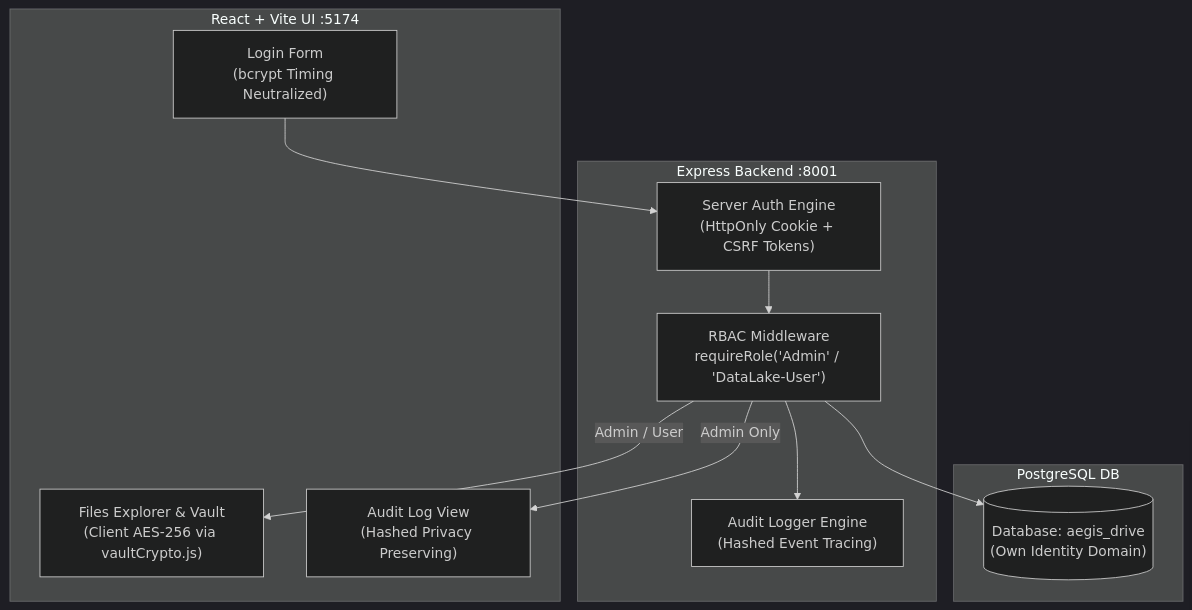
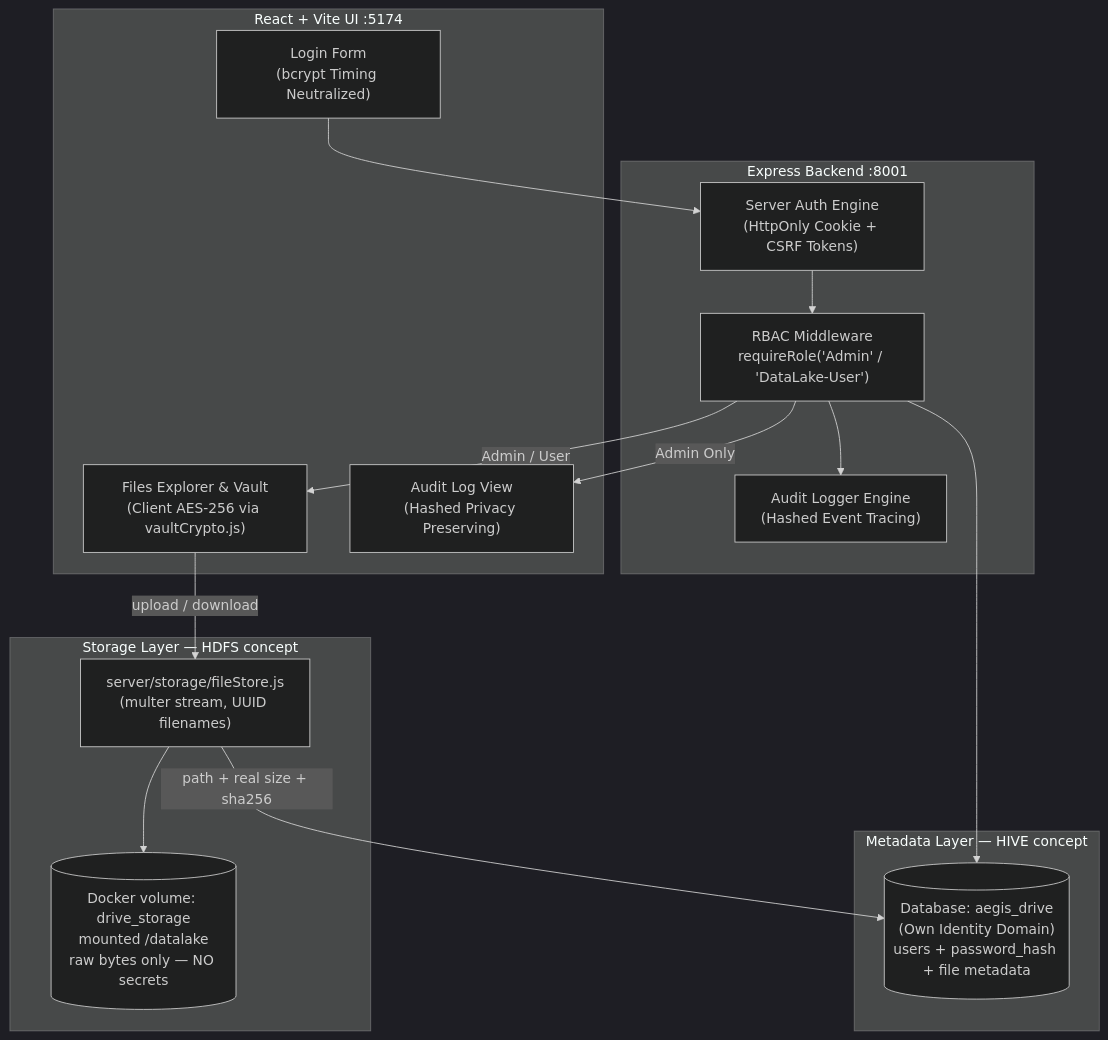
The diagram in Obsidian_AEGIS_Vault/AEGIS_Knowledge/02 - 💾 IDEA1 AEGIS Drive LC.md (kraveerachat/Project-End-The-AEGIS), drawn with Mermaid (dark theme) before and after one commit. The commit also changed other lines of this file and 27 other files, not shown here.

````diff
--- a/Obsidian_AEGIS_Vault/AEGIS_Knowledge/02 - 💾 IDEA1 AEGIS Drive LC.md
+++ b/Obsidian_AEGIS_Vault/AEGIS_Knowledge/02 - 💾 IDEA1 AEGIS Drive LC.md
@@ -53,25 +103,33 @@
 ```mermaid
 flowchart TD
     subgraph ClientLayer [React + Vite UI :5174]
         LoginScreen["Login Form<br/>(bcrypt Timing Neutralized)"]
         Explorer["Files Explorer & Vault<br/>(Client AES-256 via vaultCrypto.js)"]
         AuditView["Audit Log View<br/>(Hashed Privacy Preserving)"]
     end
 
     subgraph ServerLayer [Express Backend :8001]
         AuthEngine["Server Auth Engine<br/>(HttpOnly Cookie + CSRF Tokens)"]
         RBACMiddleware["RBAC Middleware<br/>requireRole('Admin' / 'DataLake-User')"]
         AuditLogger["Audit Logger Engine<br/>(Hashed Event Tracing)"]
     end
 
-    subgraph DBLayer [PostgreSQL DB]
-        DriveDB[("Database: aegis_drive<br/>(Own Identity Domain)")]
+    subgraph StorageLayer ["Storage Layer — HDFS concept"]
+        FileStore["server/storage/fileStore.js<br/>(multer stream, UUID filenames)"]
+        Volume[("Docker volume: drive_storage<br/>mounted /datalake<br/>raw bytes only — NO secrets")]
+    end
+
+    subgraph DBLayer ["Metadata Layer — HIVE concept"]
+        DriveDB[("Database: aegis_drive<br/>(Own Identity Domain)<br/>users + password_hash + file metadata")]
     end
 
     LoginScreen --> AuthEngine
     AuthEngine --> RBACMiddleware
     RBACMiddleware -->|Admin / User| Explorer
     RBACMiddleware -->|Admin Only| AuditView
     RBACMiddleware --> DriveDB
     RBACMiddleware --> AuditLogger
+    Explorer -->|"upload / download"| FileStore
+    FileStore --> Volume
+    FileStore -->|"path + real size + sha256"| DriveDB
 ```
````
